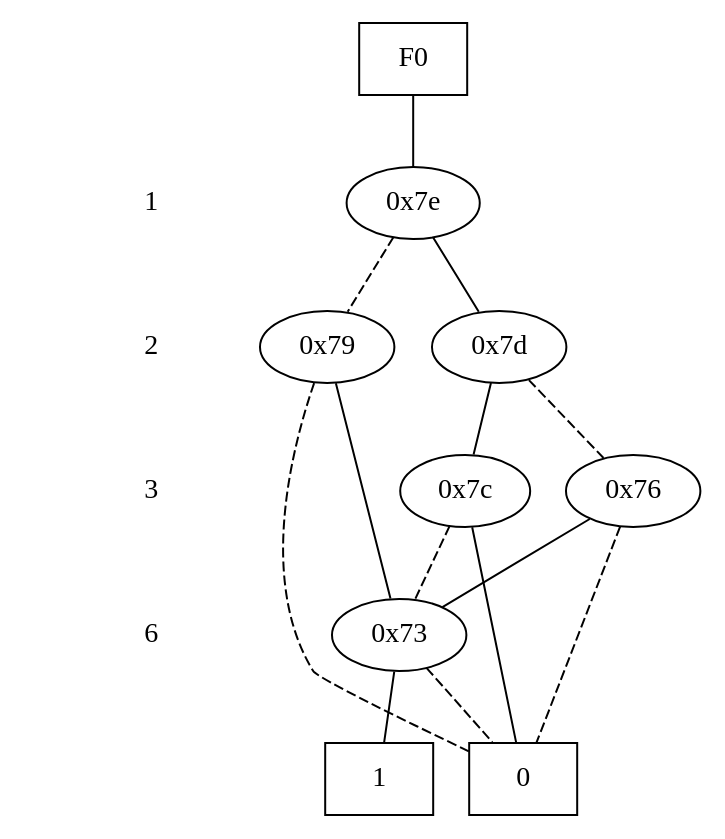
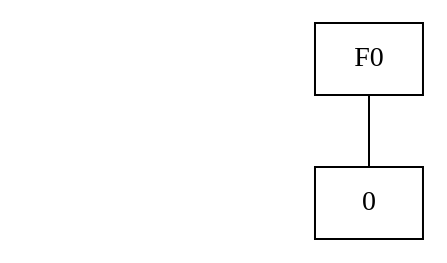
One commit to Vraier/planDD changed the diagram in befor_reorder.dot. Above: the diagram before and after it, drawn with Graphviz. The commit also changed 9 other files, not shown here.

```diff
--- a/befor_reorder.dot
+++ b/befor_reorder.dot
@@ -1,46 +1,18 @@
 digraph "DD" {
 size = "7.5,10"
 center = true;
 edge [dir = none];
 { node [shape = plaintext];
   edge [style = invis];
   "CONST NODES" [style = invis];
-" 1 " -> " 2 " -> " 3 " -> " 6 " -> "CONST NODES"; 
+"CONST NODES"; 
 }
 { rank = same; node [shape = box]; edge [style = invis];
 "F0"; }
-{ rank = same; " 1 ";
-"0x7e";
-}
-{ rank = same; " 2 ";
-"0x7d";
-"0x79";
-}
-{ rank = same; " 3 ";
-"0x7c";
-"0x76";
-}
-{ rank = same; " 6 ";
-"0x73";
-}
 { rank = same; "CONST NODES";
-{ node [shape = box]; "0x5c";
-"0x5b";
+{ node [shape = box]; "0";
 }
 }
-"F0" -> "0x7e" [style = solid];
-"0x7e" -> "0x7d";
-"0x7e" -> "0x79" [style = dashed];
-"0x7d" -> "0x7c";
-"0x7d" -> "0x76" [style = dashed];
-"0x79" -> "0x73";
-"0x79" -> "0x5c" [style = dashed];
-"0x7c" -> "0x5c";
-"0x7c" -> "0x73" [style = dashed];
-"0x76" -> "0x73";
-"0x76" -> "0x5c" [style = dashed];
-"0x73" -> "0x5b";
-"0x73" -> "0x5c" [style = dashed];
-"0x5c" [label = "0"];
-"0x5b" [label = "1"];
+"F0" -> "0" [style = solid];
+"0" [label = "0"];
 }
```
